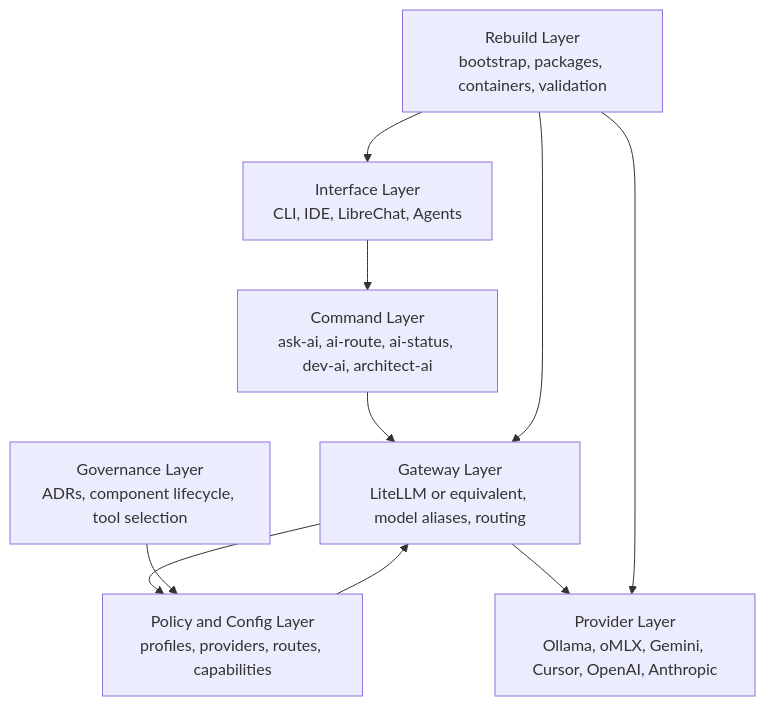
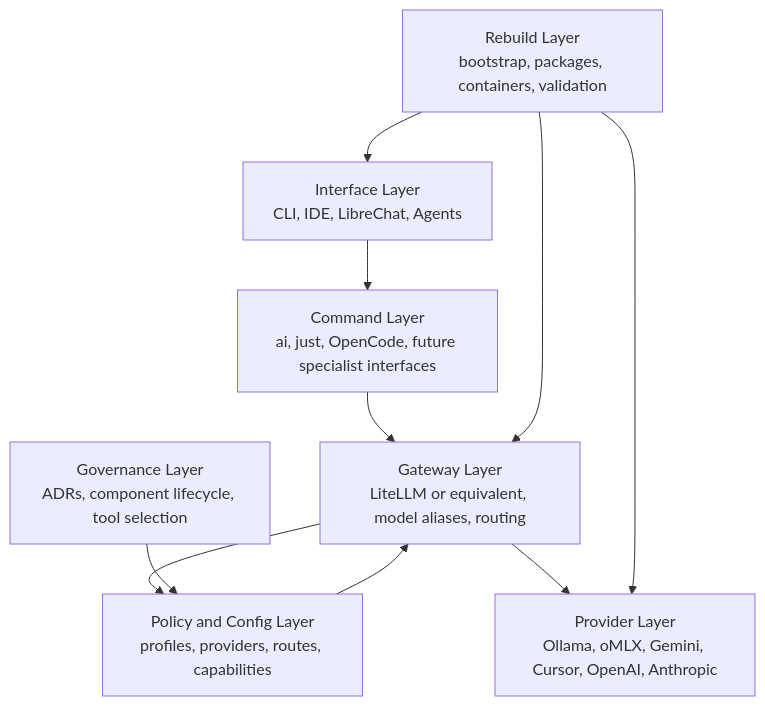
One commit to Deim0s13/ai-lab changed the third of 12 diagrams in docs/03-architecture.md. Above: the diagram before and after it, drawn with Mermaid. The commit also changed other lines of this file and 18 other files, not shown here.

Commit message:
Document supervised OpenCode workflow

````diff
--- a/docs/03-architecture.md
+++ b/docs/03-architecture.md
@@ -152,20 +152,20 @@
 ```mermaid
 flowchart TD
     A[Interface Layer<br/>CLI, IDE, LibreChat, Agents]
-    B[Command Layer<br/>ask-ai, ai-route, ai-status, dev-ai, architect-ai]
+    B[Command Layer<br/>ai, just, OpenCode, future specialist interfaces]
     C[Gateway Layer<br/>LiteLLM or equivalent, model aliases, routing]
     D[Policy and Config Layer<br/>profiles, providers, routes, capabilities]
     E[Provider Layer<br/>Ollama, oMLX, Gemini, Cursor, OpenAI, Anthropic]
     F[Rebuild Layer<br/>bootstrap, packages, containers, validation]
     G[Governance Layer<br/>ADRs, component lifecycle, tool selection]
 
     A --> B
     B --> C
     C --> D
     C --> E
     D --> C
     F --> A
     F --> C
     F --> E
     G --> D
 ```
````
